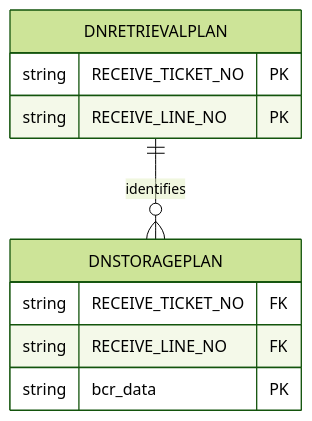
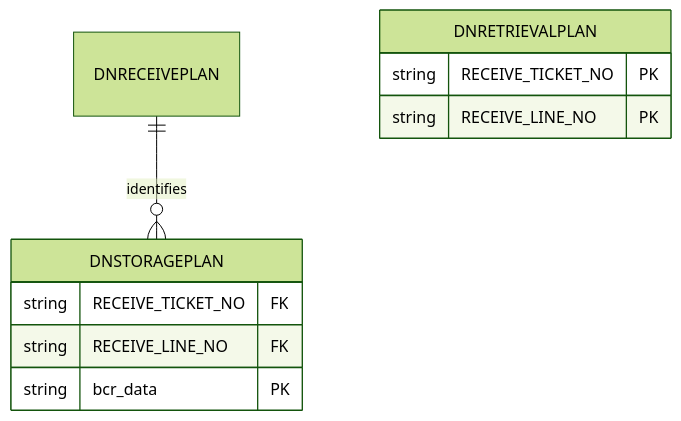
One commit to luthfiadityaa/SimeDarby-Wiki changed the second of 2 diagrams in Basic-Design/DFD-WMS/Storage/[SCREEN]-Planned-Storage-Packaging-Material.md. Above: the diagram before and after it, drawn with Mermaid (forest theme). The commit also changed other lines of this file, not shown here.

Commit message:
Updated [SCREEN] Planned Storage Packaging Material

```diff
--- a/Basic-Design/DFD-WMS/Storage/[SCREEN]-Planned-Storage-Packaging-Material.md
+++ b/Basic-Design/DFD-WMS/Storage/[SCREEN]-Planned-Storage-Packaging-Material.md
@@ -73,17 +73,17 @@
 ::: mermaid
 erDiagram
-    DNRETRIEVALPLAN ||--o{ DNSTORAGEPLAN : "identifies"
+    DNRECEIVEPLAN ||--o{ DNSTORAGEPLAN : "identifies"
 
     DNRETRIEVALPLAN {
         string RECEIVE_TICKET_NO PK
         string RECEIVE_LINE_NO PK
     }
 
     DNSTORAGEPLAN {
         string RECEIVE_TICKET_NO FK
         string RECEIVE_LINE_NO FK
         string bcr_data PK
     }
 
 	
 :::
```
